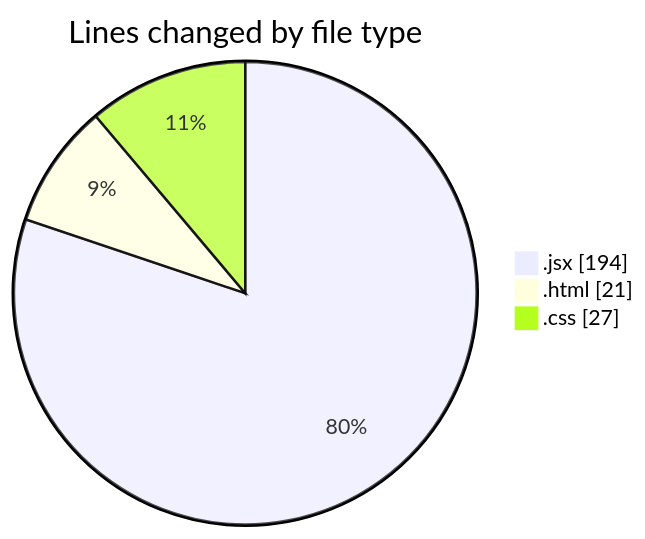
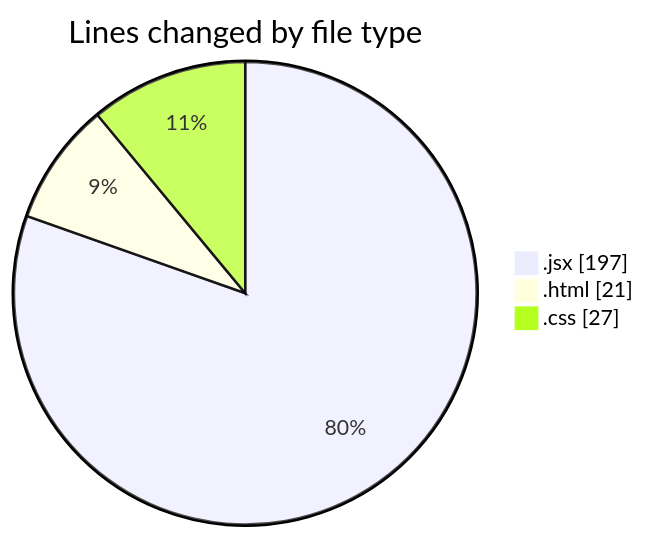
The first of 2 diagrams in 2025-02-13/elitegpt/README.md (Elitesun/code-tracking), drawn with Mermaid before and after one commit. The commit also changed other lines of this file and 1 other file, not shown here.

````diff
--- a/2025-02-13/elitegpt/README.md
+++ b/2025-02-13/elitegpt/README.md
@@ -26,7 +26,7 @@
 ```mermaid
 pie showData
 title Lines changed by file type
-".jsx" : 194
+".jsx" : 197
 ".html" : 21
 ".css" : 27
 ```
````
